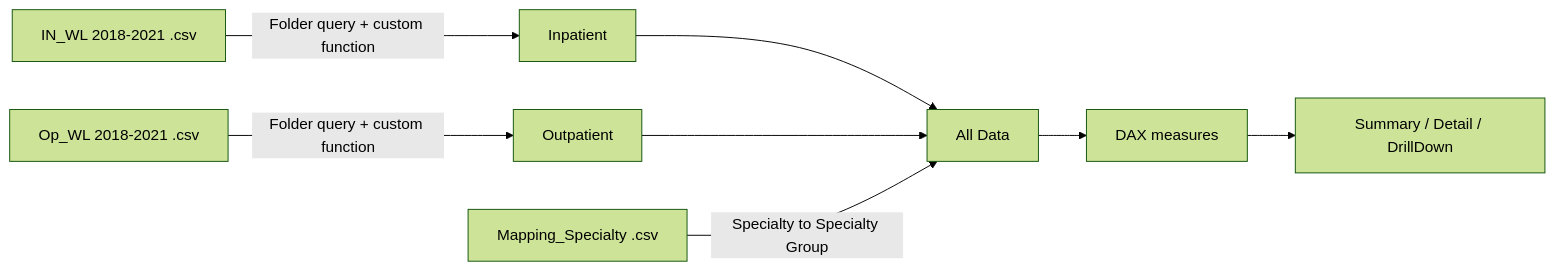
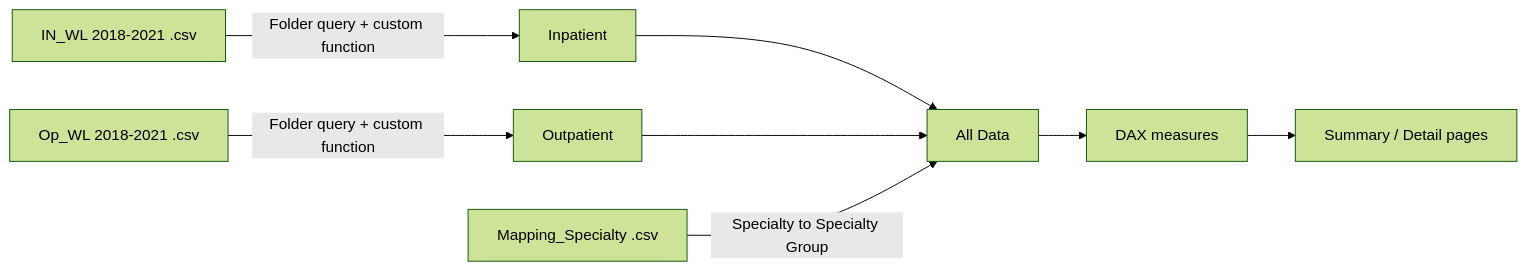
One commit to Imran-k10/hospital-waitlist-end-to-end-powerbi changed the diagram in README.md. Above: the diagram before and after it, drawn with Mermaid (forest theme). The commit also changed other lines of this file, not shown here.

````diff
--- a/README.md
+++ b/README.md
@@ -25,10 +49,10 @@
 ```mermaid
 flowchart LR
     A[IN_WL 2018-2021 .csv] -->|Folder query + custom function| C[Inpatient]
     B[Op_WL 2018-2021 .csv] -->|Folder query + custom function| D[Outpatient]
     C --> E[All Data]
     D --> E
     F[Mapping_Specialty .csv] -->|Specialty to Specialty Group| E
     E --> G[DAX measures]
-    G --> H[Summary / Detail / DrillDown]
+    G --> H[Summary / Detail pages]
 ```
````
